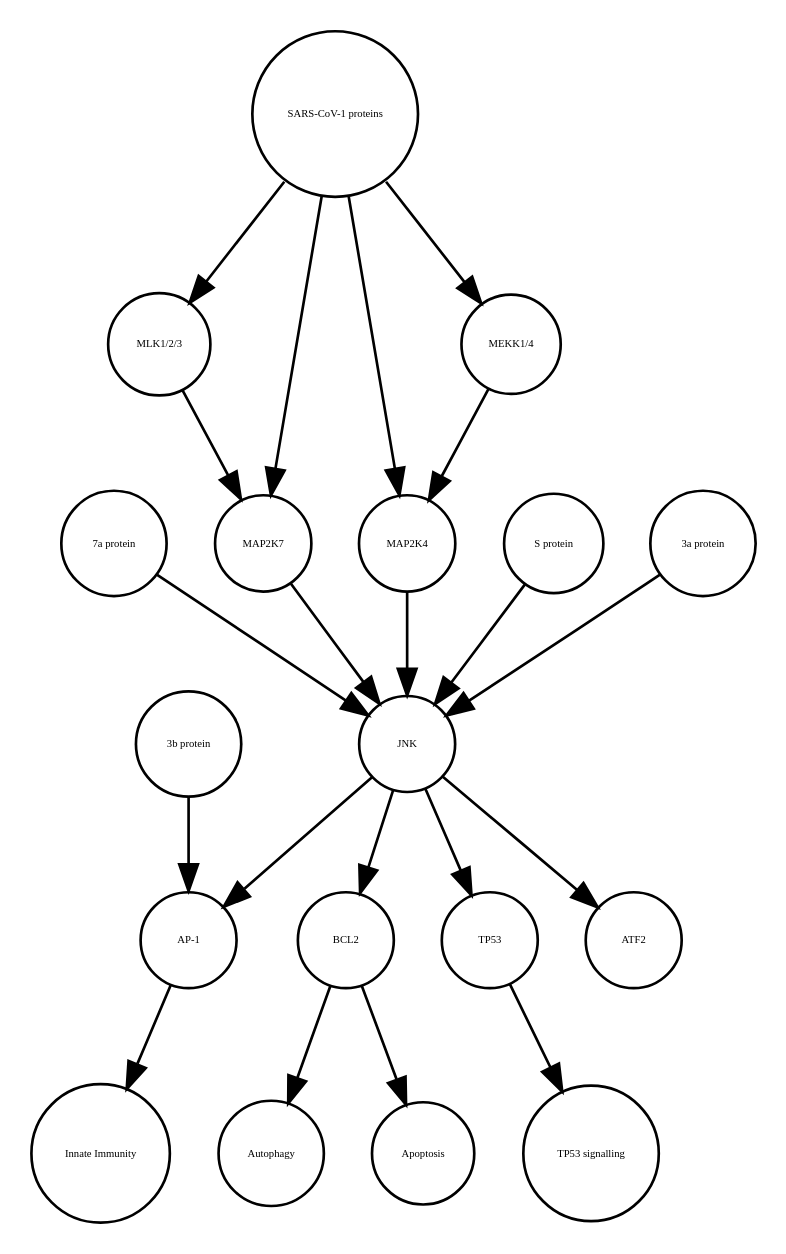
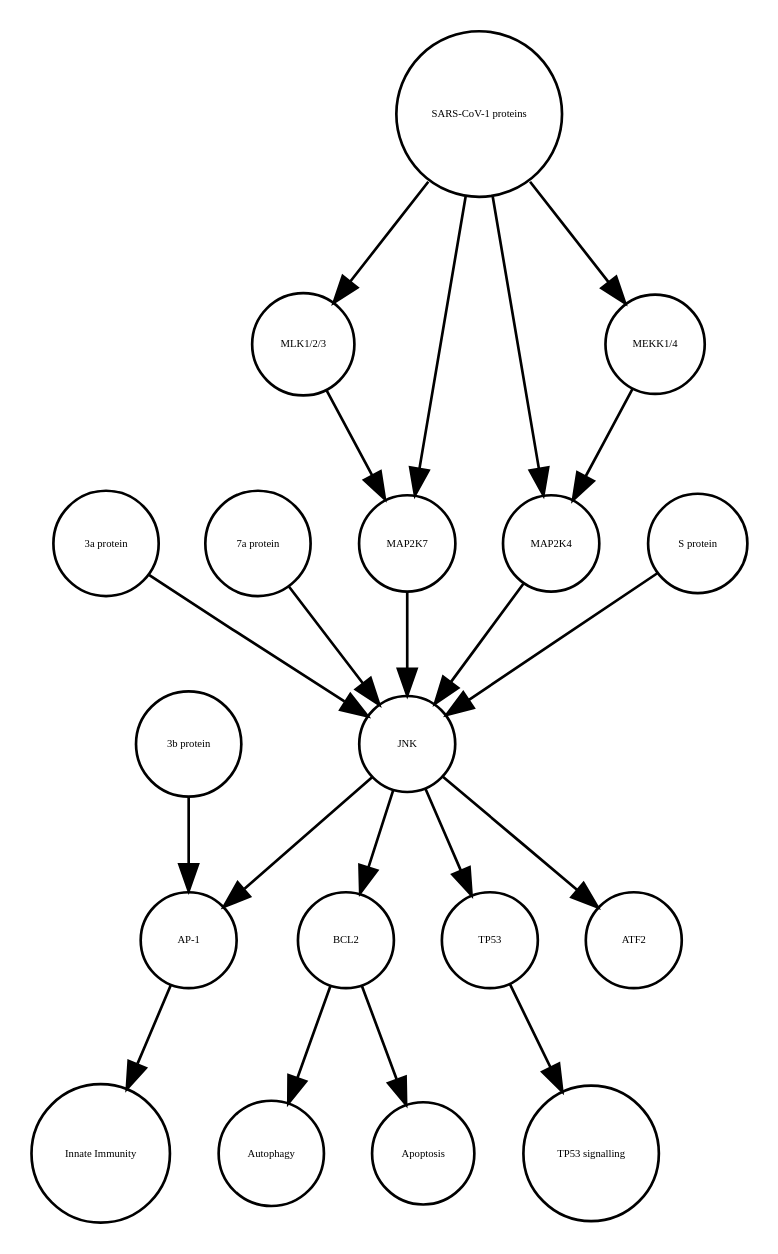
Before and after one commit to cannin/covid19-sbgn: the diagram in JNK_pathway_v2.1.xml_projected.dot, drawn with Graphviz. The commit also changed other lines of this file and 637 other files, not shown here.

```diff
--- a/JNK_pathway_v2.1.xml_projected.dot
+++ b/JNK_pathway_v2.1.xml_projected.dot
@@ -1,40 +1,40 @@
 strict digraph  {
 BCL2 [annotation=urn_miriam_uniprot_P10415, bipartite=0, cls=macromolecule, fontsize=4, label=BCL2, shape=circle];
 Autophagy [annotation="", bipartite=0, cls=phenotype, fontsize=4, label=Autophagy, shape=circle];
 "AP-1" [annotation="", bipartite=0, cls=complex, fontsize=4, label="AP-1", shape=circle];
 "Innate Immunity" [annotation="", bipartite=0, cls=phenotype, fontsize=4, label="Innate Immunity", shape=circle];
 TP53 [annotation=urn_miriam_uniprot_P04637, bipartite=0, cls=macromolecule, fontsize=4, label=TP53, shape=circle];
 "TP53 signalling" [annotation="", bipartite=0, cls=phenotype, fontsize=4, label="TP53 signalling", shape=circle];
 Apoptosis [annotation="", bipartite=0, cls=phenotype, fontsize=4, label=Apoptosis, shape=circle];
+"3b protein" [annotation="", bipartite=0, cls=macromolecule, fontsize=4, label="3b protein", shape=circle];
+"3a protein" [annotation="", bipartite=0, cls=macromolecule, fontsize=4, label="3a protein", shape=circle];
+"7a protein" [annotation="", bipartite=0, cls=macromolecule, fontsize=4, label="7a protein", shape=circle];
+ATF2 [annotation=urn_miriam_uniprot_P15336, bipartite=0, cls=macromolecule, fontsize=4, label=ATF2, shape=circle];
 "SARS-CoV-1 proteins" [annotation="", bipartite=0, cls=complex, fontsize=4, label="SARS-CoV-1 proteins", shape=circle];
-ATF2 [annotation=urn_miriam_uniprot_P15336, bipartite=0, cls=macromolecule, fontsize=4, label=ATF2, shape=circle];
-"3b protein" [annotation="", bipartite=0, cls=macromolecule, fontsize=4, label="3b protein", shape=circle];
-"7a protein" [annotation="", bipartite=0, cls=macromolecule, fontsize=4, label="7a protein", shape=circle];
 "MLK1/2/3" [annotation="", bipartite=0, cls=complex, fontsize=4, label="MLK1/2/3", shape=circle];
 JNK [annotation="", bipartite=0, cls=complex, fontsize=4, label=JNK, shape=circle];
 MAP2K4 [annotation=urn_miriam_uniprot_P45985, bipartite=0, cls=macromolecule, fontsize=4, label=MAP2K4, shape=circle];
 "MEKK1/4" [annotation="", bipartite=0, cls=complex, fontsize=4, label="MEKK1/4", shape=circle];
 "S protein" [annotation="", bipartite=0, cls=macromolecule, fontsize=4, label="S protein", shape=circle];
-"3a protein" [annotation="", bipartite=0, cls=macromolecule, fontsize=4, label="3a protein", shape=circle];
 MAP2K7 [annotation=urn_miriam_uniprot_O14733, bipartite=0, cls=macromolecule, fontsize=4, label=MAP2K7, shape=circle];
 BCL2 -> Autophagy  [annotation="", interaction_type="necessary stimulation"];
 BCL2 -> Apoptosis  [annotation="", interaction_type=inhibition];
 "AP-1" -> "Innate Immunity"  [annotation="", interaction_type="necessary stimulation"];
 TP53 -> "TP53 signalling"  [annotation="", interaction_type="necessary stimulation"];
+"3b protein" -> "AP-1"  [annotation=urn_miriam_pubmed_21561061, interaction_type=stimulation];
+"3a protein" -> JNK  [annotation=urn_miriam_pubmed_17141229, interaction_type=stimulation];
+"7a protein" -> JNK  [annotation=urn_miriam_pubmed_17141229, interaction_type=stimulation];
+"SARS-CoV-1 proteins" -> MAP2K4  [annotation="urn_miriam_pubmed_31226023|urn_miriam_taxonomy_694009", interaction_type=stimulation];
+"SARS-CoV-1 proteins" -> "MEKK1/4"  [annotation="urn_miriam_pubmed_31226023|urn_miriam_taxonomy_694009", interaction_type=stimulation];
 "SARS-CoV-1 proteins" -> "MLK1/2/3"  [annotation="urn_miriam_taxonomy_694009|urn_miriam_pubmed_31226023", interaction_type=stimulation];
-"SARS-CoV-1 proteins" -> "MEKK1/4"  [annotation="urn_miriam_pubmed_31226023|urn_miriam_taxonomy_694009", interaction_type=stimulation];
-"SARS-CoV-1 proteins" -> MAP2K4  [annotation="urn_miriam_pubmed_31226023|urn_miriam_taxonomy_694009", interaction_type=stimulation];
 "SARS-CoV-1 proteins" -> MAP2K7  [annotation="urn_miriam_pubmed_31226023|urn_miriam_taxonomy_694009", interaction_type=stimulation];
-"3b protein" -> "AP-1"  [annotation=urn_miriam_pubmed_21561061, interaction_type=stimulation];
-"7a protein" -> JNK  [annotation=urn_miriam_pubmed_17141229, interaction_type=stimulation];
 "MLK1/2/3" -> MAP2K7  [annotation="urn_miriam_pubmed_31226023|urn_miriam_taxonomy_694009", interaction_type=stimulation];
+JNK -> BCL2  [annotation=urn_miriam_pubmed_10567572, interaction_type=stimulation];
+JNK -> ATF2  [annotation="", interaction_type=stimulation];
 JNK -> TP53  [annotation="", interaction_type=stimulation];
-JNK -> BCL2  [annotation=urn_miriam_pubmed_10567572, interaction_type=stimulation];
 JNK -> "AP-1"  [annotation=urn_miriam_pubmed_21561061, interaction_type=stimulation];
-JNK -> ATF2  [annotation="", interaction_type=stimulation];
 MAP2K4 -> JNK  [annotation=urn_miriam_pubmed_17141229, interaction_type=stimulation];
 "MEKK1/4" -> MAP2K4  [annotation="urn_miriam_pubmed_31226023|urn_miriam_taxonomy_694009", interaction_type=stimulation];
 "S protein" -> JNK  [annotation=urn_miriam_pubmed_17267381, interaction_type=stimulation];
-"3a protein" -> JNK  [annotation=urn_miriam_pubmed_17141229, interaction_type=stimulation];
 MAP2K7 -> JNK  [annotation=urn_miriam_pubmed_17141229, interaction_type=stimulation];
 }
```
